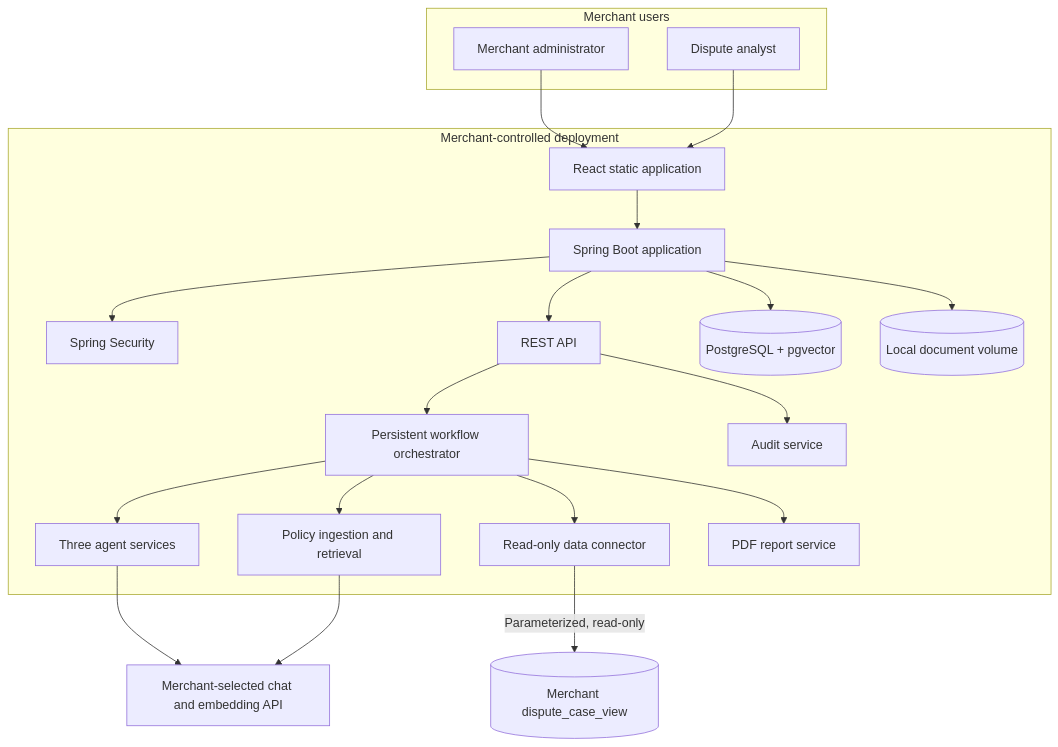
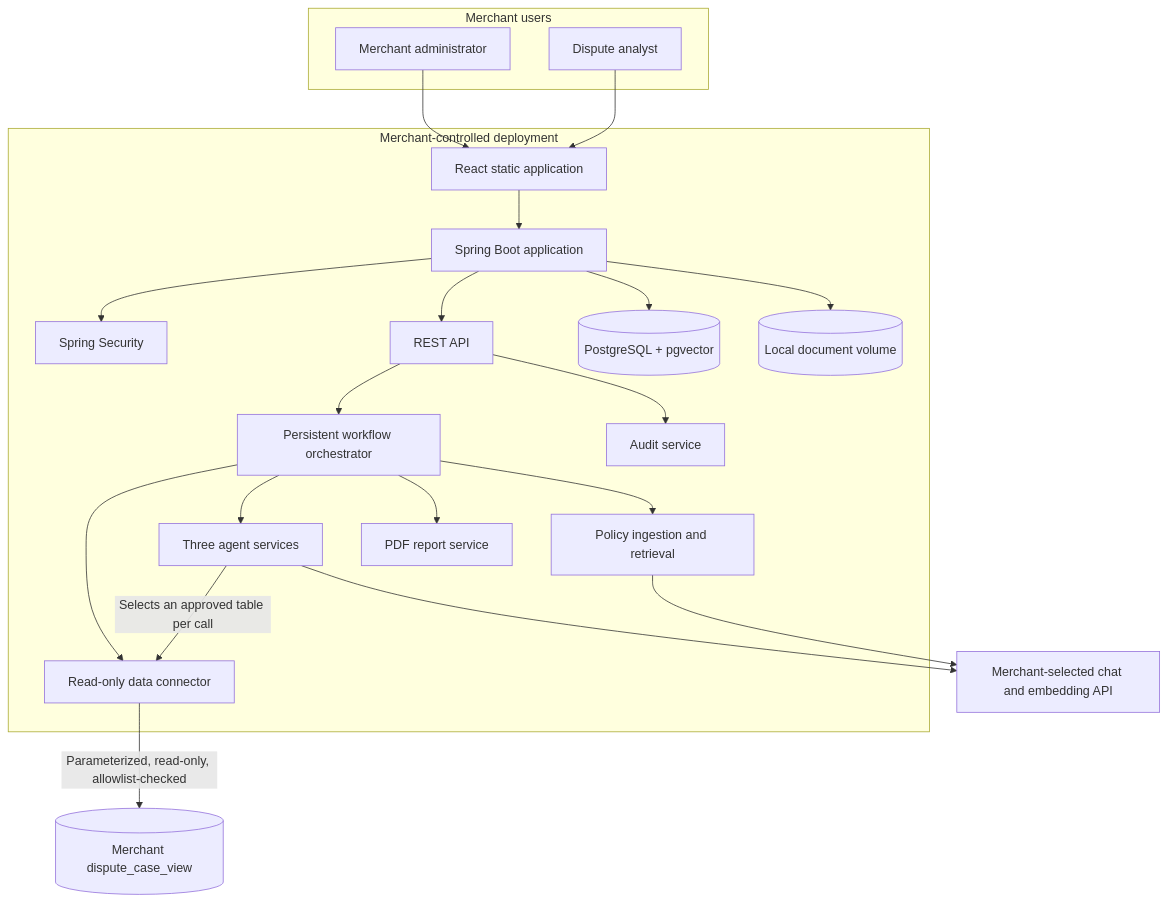
One commit to CyphronTech/DisputeCopilot changed the first of 3 diagrams in docs/architecture.md. Above: the diagram before and after it, drawn with Mermaid. The commit also changed other lines of this file and 148 other files, not shown here.

````diff
--- a/docs/architecture.md
+++ b/docs/architecture.md
@@ -5,42 +5,43 @@
 ```mermaid
 flowchart TB
     subgraph Users[Merchant users]
         Admin[Merchant administrator]
         Analyst[Dispute analyst]
     end
 
     subgraph Deployment[Merchant-controlled deployment]
         App[Spring Boot application]
         React[React static application]
         Auth[Spring Security]
         API[REST API]
         Workflow[Persistent workflow orchestrator]
         Agents[Three agent services]
         Connector[Read-only data connector]
         RAG[Policy ingestion and retrieval]
         Reports[PDF report service]
         Audit[Audit service]
         Postgres[(PostgreSQL + pgvector)]
         Files[(Local document volume)]
     end
 
     MerchantDB[(Merchant dispute_case_view)]
     Model[Merchant-selected chat and embedding API]
 
     Admin --> React
     Analyst --> React
     React --> App
     App --> Auth
     App --> API
     API --> Workflow
     Workflow --> Agents
     Workflow --> Connector
     Workflow --> RAG
     Workflow --> Reports
     API --> Audit
-    Connector -->|Parameterized, read-only| MerchantDB
+    Agents -->|Selects an approved table per call| Connector
+    Connector -->|Parameterized, read-only, allowlist-checked| MerchantDB
     Agents --> Model
     RAG --> Model
     App --> Postgres
     App --> Files
 ```
````
